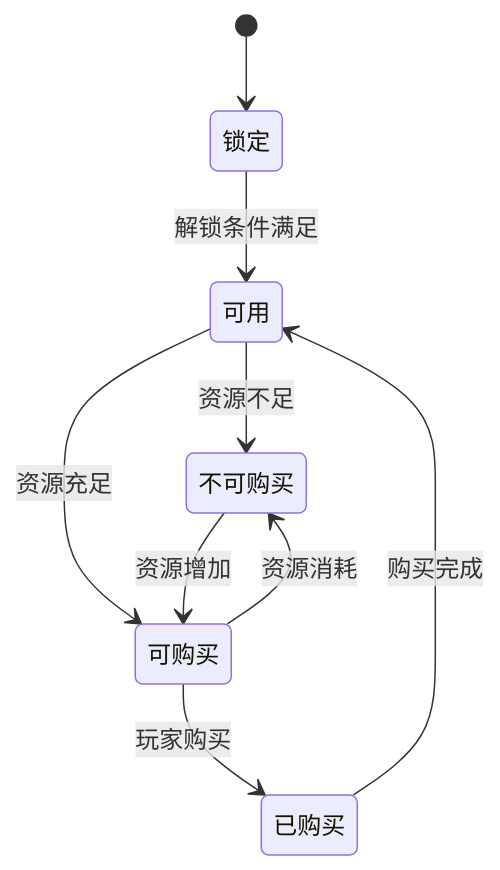
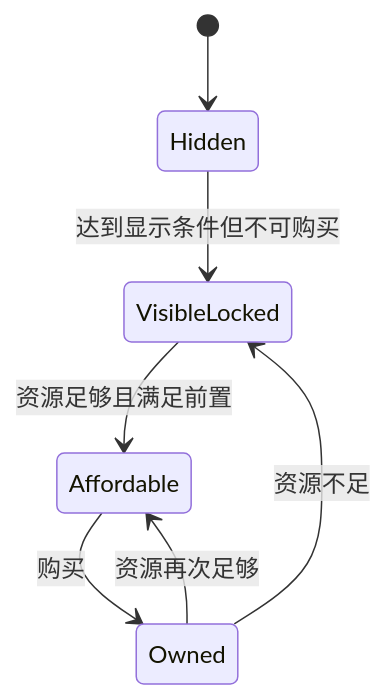
One commit to kaito387/puppies-game changed the ninth of 13 diagrams in docs/02_系统建模报告.md. Above: the diagram before and after it, drawn with Mermaid. The commit also changed other lines of this file and 7 other files, not shown here.

````diff
--- a/docs/02_系统建模报告.md
+++ b/docs/02_系统建模报告.md
@@ -354,15 +299,9 @@
 ```mermaid
 stateDiagram-v2
-    [*] --> 锁定
-
-    锁定 --> 可用: 解锁条件满足
-
-    可用 --> 不可购买: 资源不足
-    可用 --> 可购买: 资源充足
-
-    不可购买 --> 可购买: 资源增加
-    可购买 --> 不可购买: 资源消耗
-
-    可购买 --> 已购买: 玩家购买
-    已购买 --> 可用: 购买完成
+  [*] --> Hidden
+  Hidden --> VisibleLocked: 达到显示条件但不可购买
+  VisibleLocked --> Affordable: 资源足够且满足前置
+  Affordable --> Owned: 购买
+  Owned --> VisibleLocked: 资源不足
+  Owned --> Affordable: 资源再次足够
 ```
````
